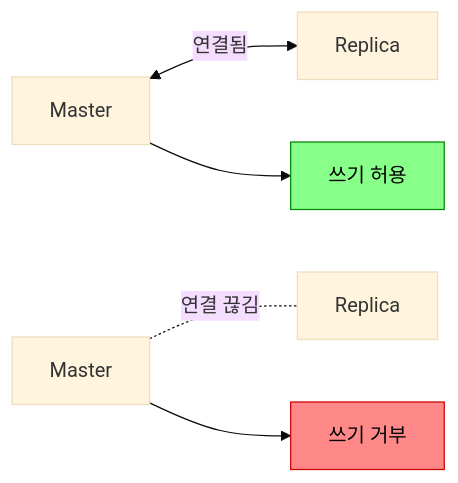
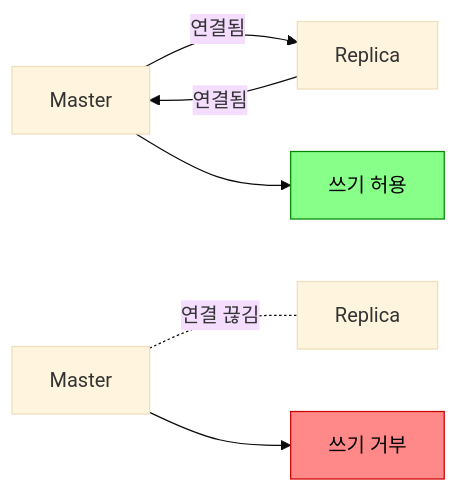
Before and after one commit to yjkim2015/yjkim2015.github.io: the eighth of 9 diagrams in _posts/redis/2026-05-01-redis-replication.md, drawn with Mermaid (base theme). The commit also changed 38 other files, not shown here.

First line of the commit message:
Mermaid 파싱 에러 최종 수정 + 화살표 간격 확대

````diff
--- a/_posts/redis/2026-05-01-redis-replication.md
+++ b/_posts/redis/2026-05-01-redis-replication.md
@@ -183,9 +183,10 @@
 ```mermaid
 graph LR
-    M1["Master"] <-->|연결됨| R1["Replica"]
+    M1["Master"] -->|연결됨| R1["Replica"]
+    R1["Replica"] -->|연결됨| M1["Master"]
     M1 --> W1["쓰기 허용"]
     M2["Master"] -. 연결 끊김 .- R2["Replica"]
     M2 --> W2["쓰기 거부"]
     style W1 fill:#8f8,stroke:#080,color:#000
     style W2 fill:#f88,stroke:#c00,color:#000
 ```
````
